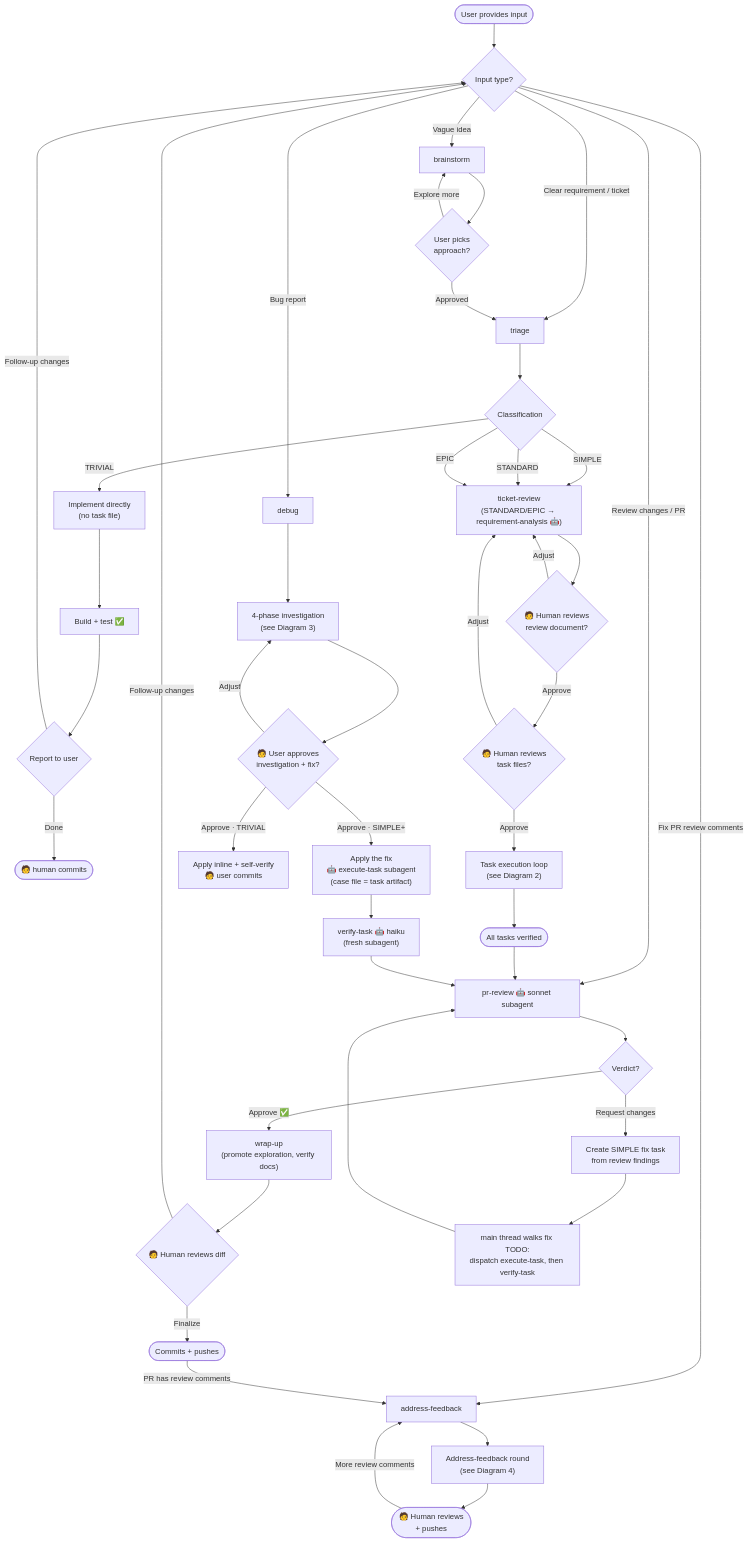
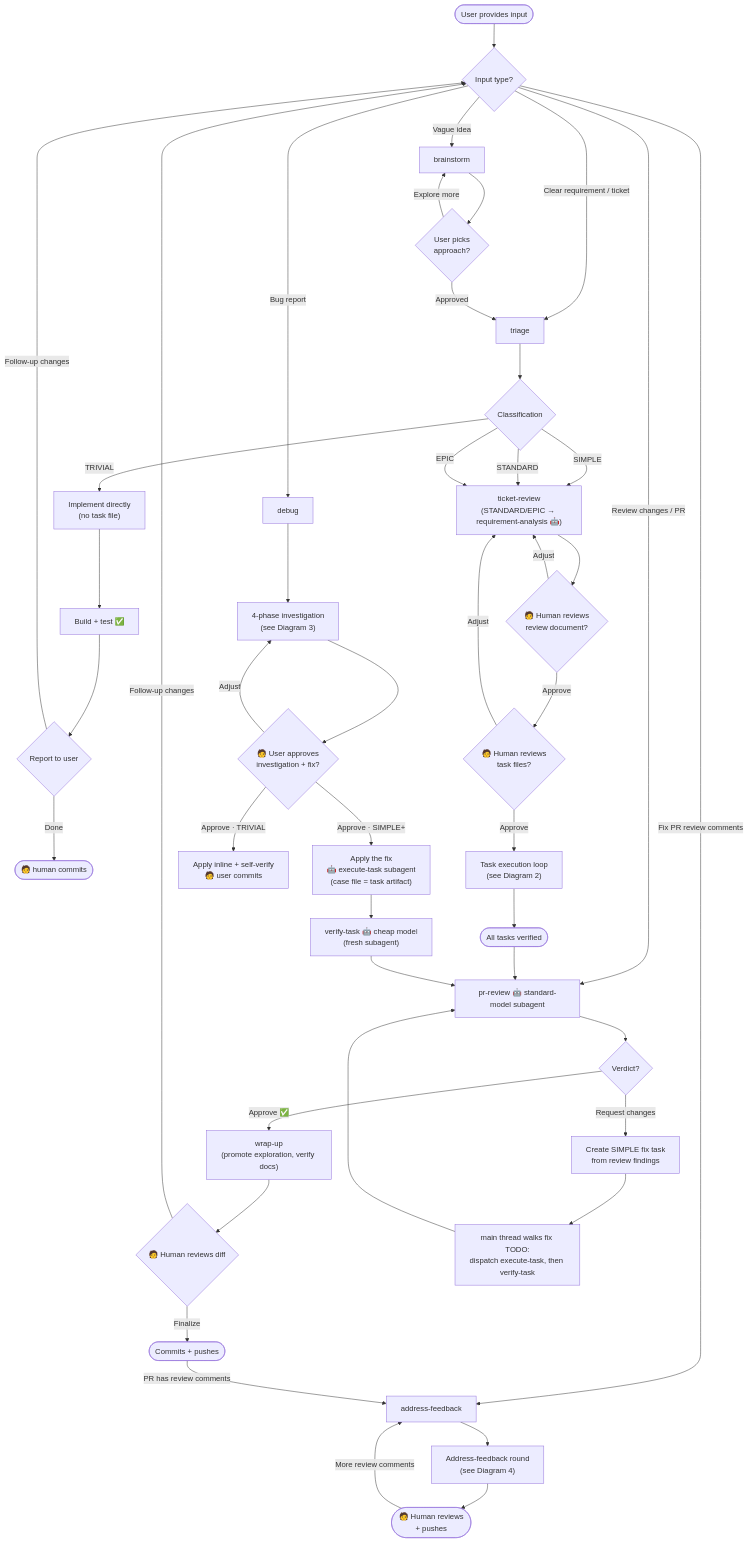
Before and after one commit to precise-alloy/ritus: the first of 8 diagrams in docs/WORKFLOW_DIAGRAMS.md, drawn with Mermaid. The commit also changed other lines of this file and 6 other files, not shown here.

````diff
--- a/docs/WORKFLOW_DIAGRAMS.md
+++ b/docs/WORKFLOW_DIAGRAMS.md
@@ -12,57 +12,57 @@
 ```mermaid
 flowchart TD
     Input([User provides input]) --> InputType{Input type?}
 
     InputType -->|"Vague idea"| BS["brainstorm"]
     InputType -->|"Clear requirement / ticket"| TR["triage"]
     InputType -->|"Bug report"| DB["debug"]
-    InputType -->|"Review changes / PR"| CR["pr-review 🤖 sonnet subagent"]
+    InputType -->|"Review changes / PR"| CR["pr-review 🤖 standard-model subagent"]
     InputType -->|"Fix PR review comments"| AF["address-feedback"]
 
     BS --> UserPicks{"User picks\napproach?"}
     UserPicks -->|"Explore more"| BS
     UserPicks -->|"Approved"| TR
 
     TR --> Class{Classification}
 
     Class -->|TRIVIAL| Direct["Implement directly\n(no task file)"]
     Direct --> SelfVerify["Build + test ✅"]
     SelfVerify --> Report{"Report to user"}
     Report -->|"Done"| TrivialDone(["🧑 human commits"])
     Report -->|"Follow-up changes"| InputType
 
     Class -->|SIMPLE| GT["ticket-review\n(STANDARD/EPIC → requirement-analysis 🤖)"]
     Class -->|STANDARD| GT
     Class -->|EPIC| GT
 
     GT --> HumanReview{"🧑 Human reviews\nreview document?"}
     HumanReview -->|"Adjust"| GT
     HumanReview -->|"Approve"| HumanTasks{"🧑 Human reviews\ntask files?"}
     HumanTasks -->|"Adjust"| GT
     HumanTasks -->|"Approve"| Loop["Task execution loop\n(see Diagram 2)"]
 
     Loop --> AllDone(["All tasks verified"])
     AllDone --> CR
 
     CR --> Verdict{Verdict?}
     Verdict -->|"Approve ✅"| WrapUp["wrap-up\n(promote exploration, verify docs)"]
     WrapUp --> HumanFinal{"🧑 Human reviews diff"}
     HumanFinal -->|"Finalize"| Done(["Commits + pushes"])
     Done -->|"PR has review comments"| AF
     HumanFinal -->|"Follow-up changes"| InputType
     Verdict -->|"Request changes"| FixTask["Create SIMPLE fix task\nfrom review findings"]
     FixTask --> FixExec["main thread walks fix TODO:\ndispatch execute-task, then verify-task"]
     FixExec --> CR
 
     AF --> AFRound["Address-feedback round\n(see Diagram 4)"]
     AFRound --> AFDone(["🧑 Human reviews\n+ pushes"])
     AFDone -->|"More review comments"| AF
 
     DB --> DBPhases["4-phase investigation\n(see Diagram 3)"]
     DBPhases --> DBInvestigationApproval{"🧑 User approves\ninvestigation + fix?"}
     DBInvestigationApproval -->|"Adjust"| DBPhases
     DBInvestigationApproval -->|"Approve · TRIVIAL"| DBTriv["Apply inline + self-verify\n🧑 user commits"]
     DBInvestigationApproval -->|"Approve · SIMPLE+"| DBFix["Apply the fix\n🤖 execute-task subagent\n(case file = task artifact)"]
-    DBFix --> DBVerify["verify-task 🤖 haiku\n(fresh subagent)"]
+    DBFix --> DBVerify["verify-task 🤖 cheap model\n(fresh subagent)"]
     DBVerify --> CR
 ```
````
